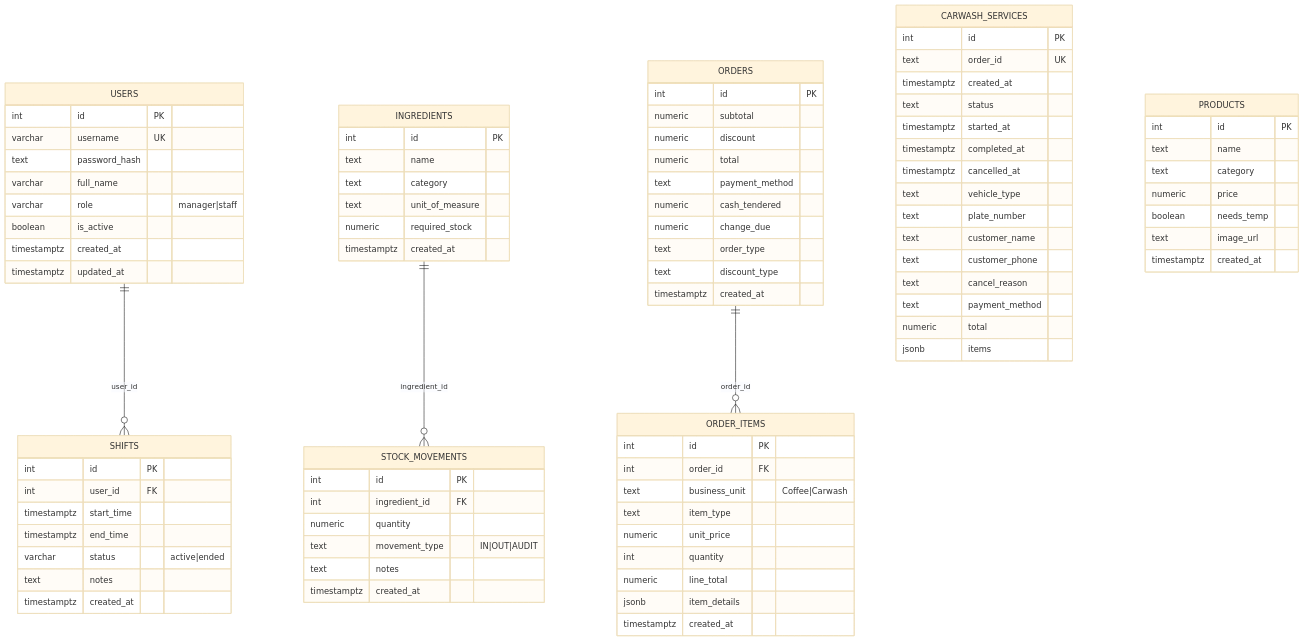
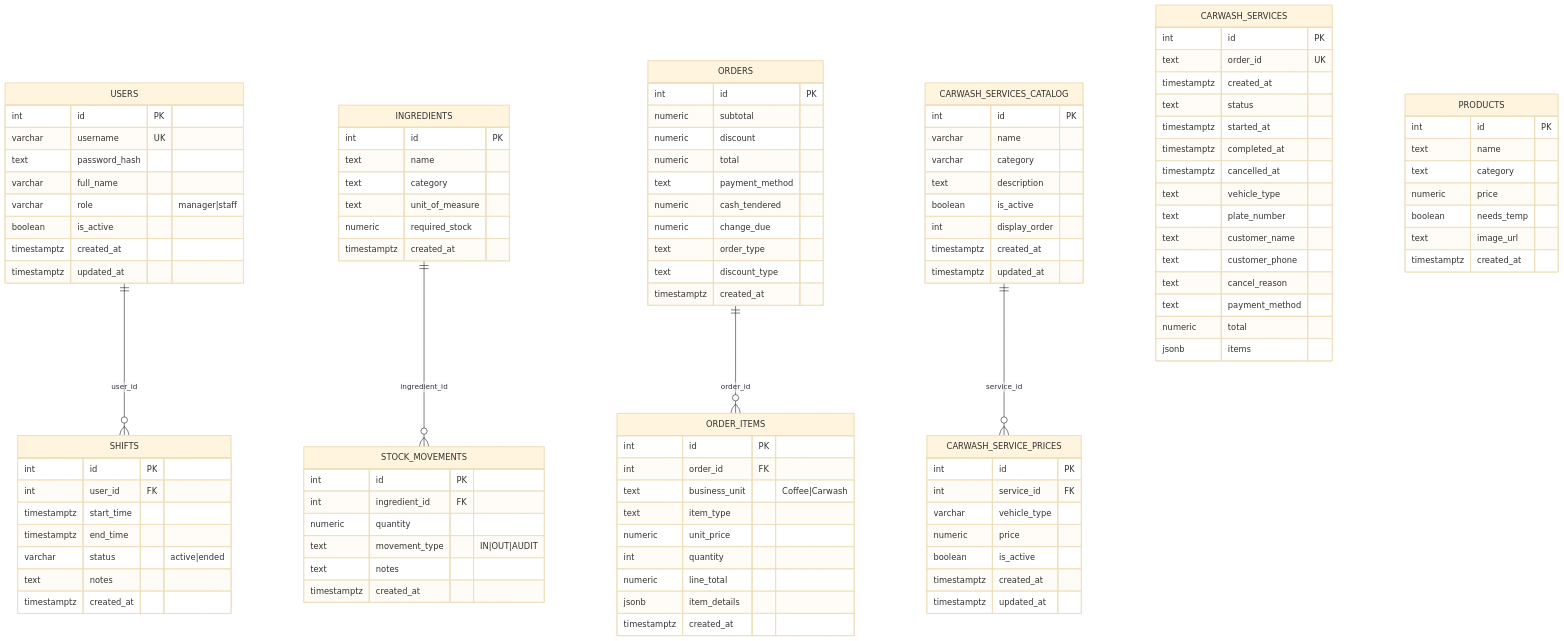
Before and after one commit to kittyryl/onefaith-backend: the diagram in ERD.md, drawn with Mermaid (base theme). The commit also changed other lines of this file, not shown here.

Commit message:
Update ERD with carwash services catalog tables

```diff
--- a/ERD.md
+++ b/ERD.md
@@ -7,6 +7,7 @@
   USERS ||--o{ SHIFTS : "user_id"
   INGREDIENTS ||--o{ STOCK_MOVEMENTS : "ingredient_id"
   ORDERS ||--o{ ORDER_ITEMS : "order_id"
+  CARWASH_SERVICES_CATALOG ||--o{ CARWASH_SERVICE_PRICES : "service_id"
   
   CARWASH_SERVICES {
     int id PK
@@ -24,6 +25,27 @@
     text payment_method
     numeric total
     jsonb items
+  }
+
+  CARWASH_SERVICES_CATALOG {
+    int id PK
+    varchar name
+    varchar category
+    text description
+    boolean is_active
+    int display_order
+    timestamptz created_at
+    timestamptz updated_at
+  }
+
+  CARWASH_SERVICE_PRICES {
+    int id PK
+    int service_id FK
+    varchar vehicle_type
+    numeric price
+    boolean is_active
+    timestamptz created_at
+    timestamptz updated_at
   }
 
   USERS {
```
